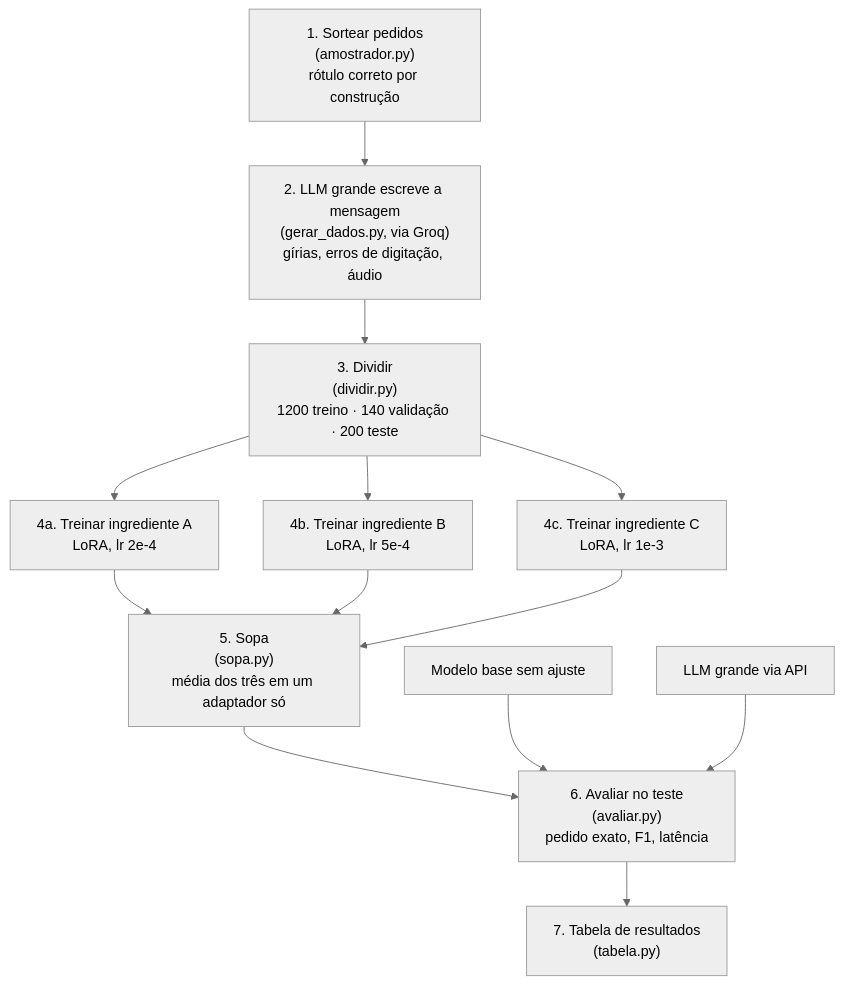
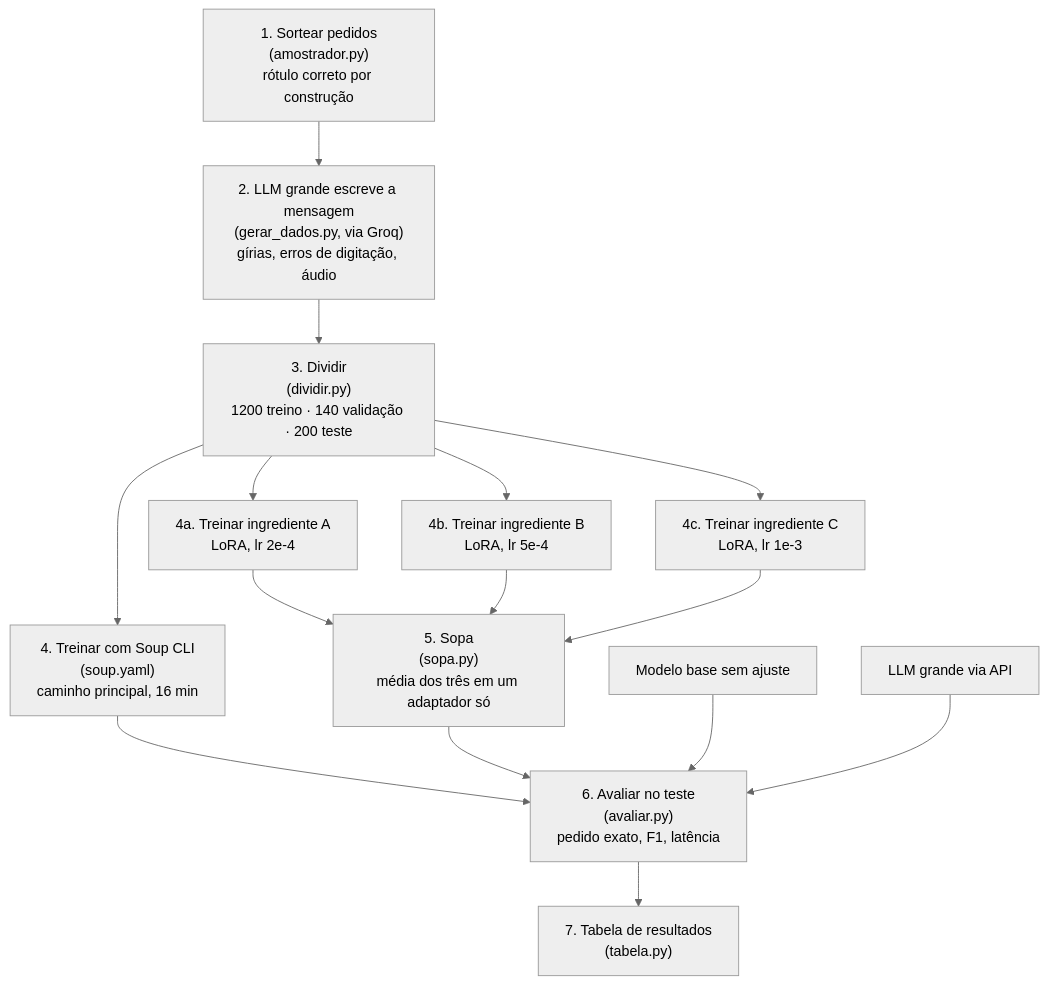
The first of 6 diagrams in docs/COMO_FUNCIONA.md (FabioAGC/Lora), drawn with Mermaid (neutral theme) before and after one commit. The commit also changed other lines of this file and 7 other files, not shown here.

First line of the commit message:
Treino com Soup CLI: resultados e documentação

````diff
--- a/docs/COMO_FUNCIONA.md
+++ b/docs/COMO_FUNCIONA.md
@@ -8,15 +8,17 @@
 ```mermaid
 flowchart TD
     A["1. Sortear pedidos<br/>(amostrador.py)<br/>rótulo correto por construção"] --> B["2. LLM grande escreve a mensagem<br/>(gerar_dados.py, via Groq)<br/>gírias, erros de digitação, áudio"]
     B --> C["3. Dividir<br/>(dividir.py)<br/>1200 treino · 140 validação · 200 teste"]
+    C --> S0["4. Treinar com Soup CLI<br/>(soup.yaml)<br/>caminho principal, 16 min"]
+    S0 --> F
     C --> D1["4a. Treinar ingrediente A<br/>LoRA, lr 2e-4"]
     C --> D2["4b. Treinar ingrediente B<br/>LoRA, lr 5e-4"]
     C --> D3["4c. Treinar ingrediente C<br/>LoRA, lr 1e-3"]
     D1 --> E["5. Sopa<br/>(sopa.py)<br/>média dos três em um adaptador só"]
     D2 --> E
     D3 --> E
     E --> F["6. Avaliar no teste<br/>(avaliar.py)<br/>pedido exato, F1, latência"]
     G["Modelo base sem ajuste"] --> F
     H["LLM grande via API"] --> F
     F --> I["7. Tabela de resultados<br/>(tabela.py)"]
 ```
````
